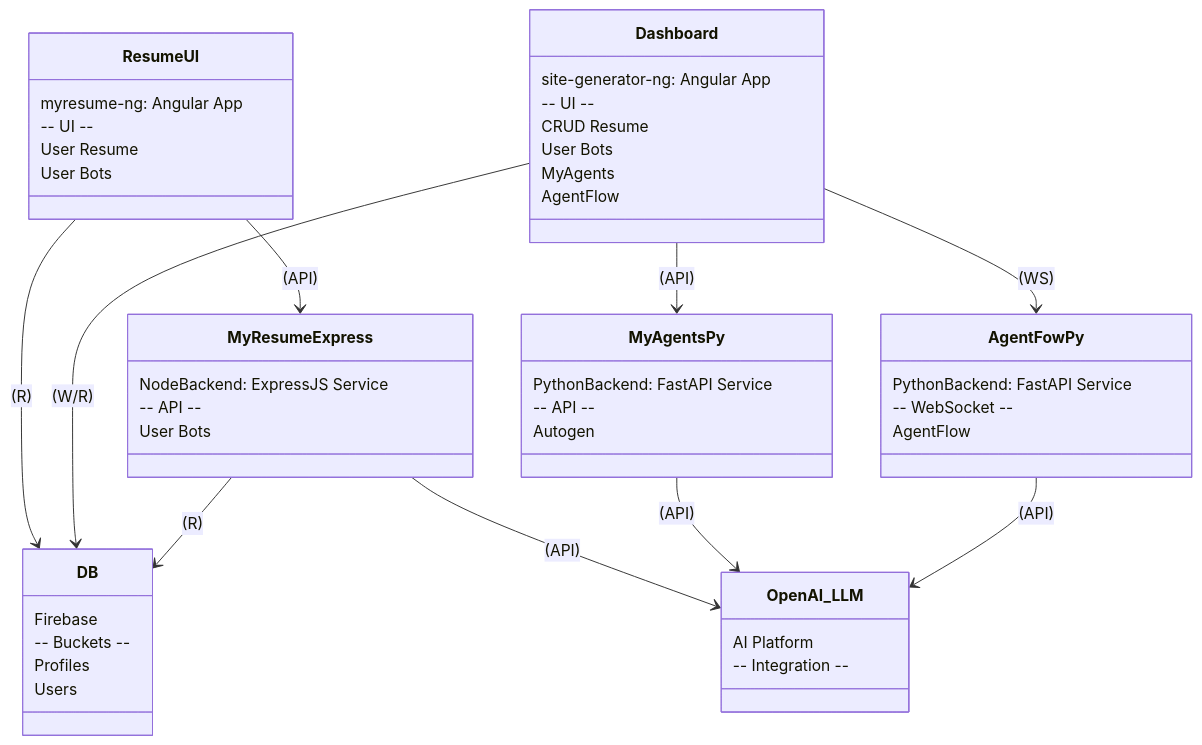
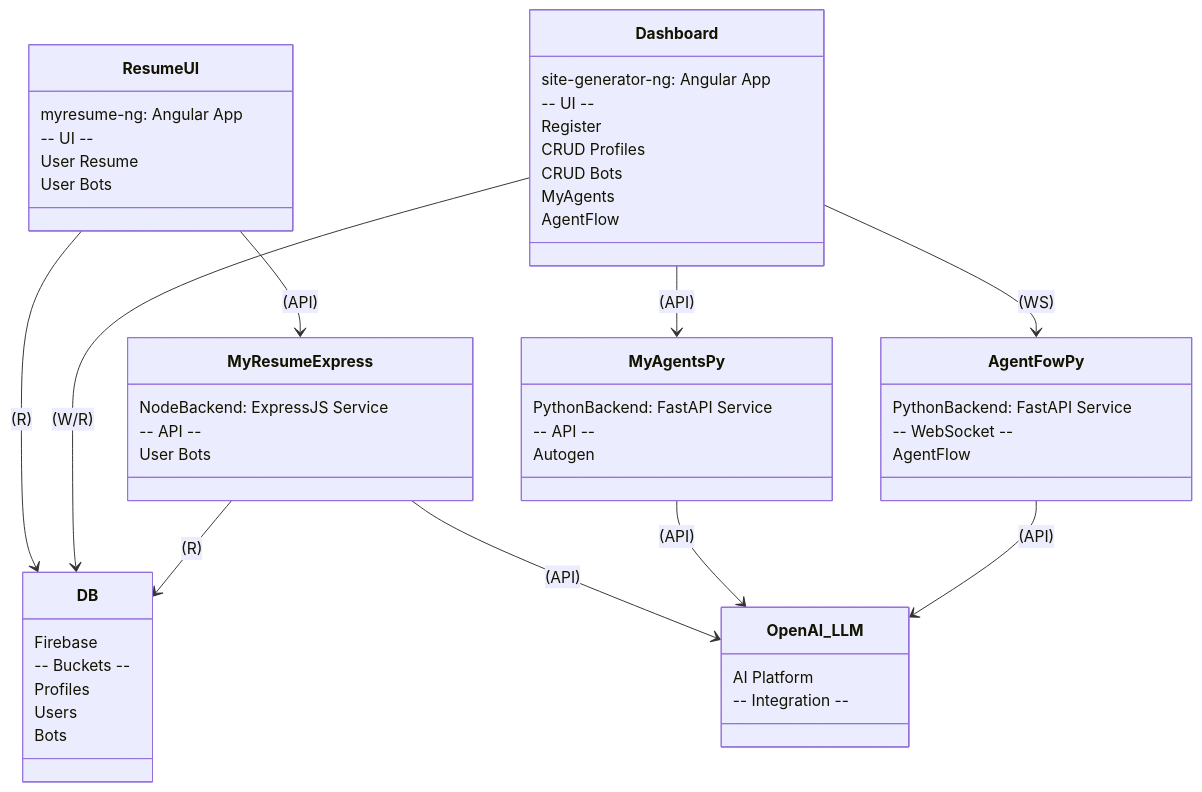
Before and after one commit to thaer899/connectorzzz: the diagram in README.md, drawn with Mermaid.

````diff
--- a/README.md
+++ b/README.md
@@ -24,56 +24,58 @@
 ```mermaid
 %%{init: {'theme': 'default'}}%%
 classDiagram
     class DB {
         Firebase
         -- Buckets --
         Profiles
         Users
+        Bots
     }
     class ResumeUI {
         myresume-ng: Angular App
         -- UI --
         User Resume
         User Bots
     }
     class Dashboard {
         site-generator-ng: Angular App
         -- UI --
-        CRUD Resume
-        User Bots
+        Register
+        CRUD Profiles
+        CRUD Bots
         MyAgents
         AgentFlow
     }
     class MyResumeExpress {
         NodeBackend: ExpressJS Service
         -- API --
         User Bots
     }
     class MyAgentsPy {
         PythonBackend: FastAPI Service
         -- API --
         Autogen
     }
     class AgentFowPy {
         PythonBackend: FastAPI Service
         -- WebSocket --
         AgentFlow
     }
     class OpenAI_LLM {
         AI Platform
         -- Integration --
     }
 
     %% Connections
     ResumeUI --> DB :  (R)
     Dashboard --> DB :  (W/R)
     ResumeUI --> MyResumeExpress : (API)
     MyResumeExpress --> DB :  (R)
     MyResumeExpress --> OpenAI_LLM : (API)
     Dashboard --> MyAgentsPy :  (API)
     MyAgentsPy --> OpenAI_LLM : (API)
     Dashboard --> AgentFowPy :  (WS)
     AgentFowPy --> OpenAI_LLM : (API)
 
 
 ```
````
